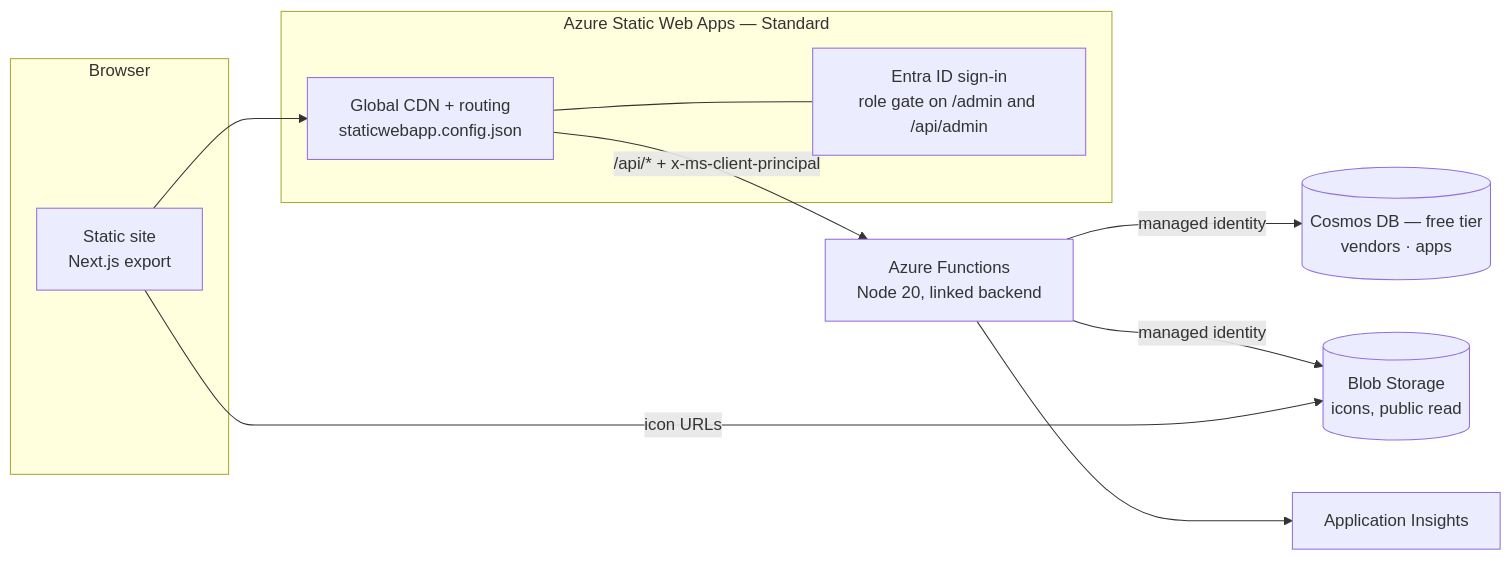
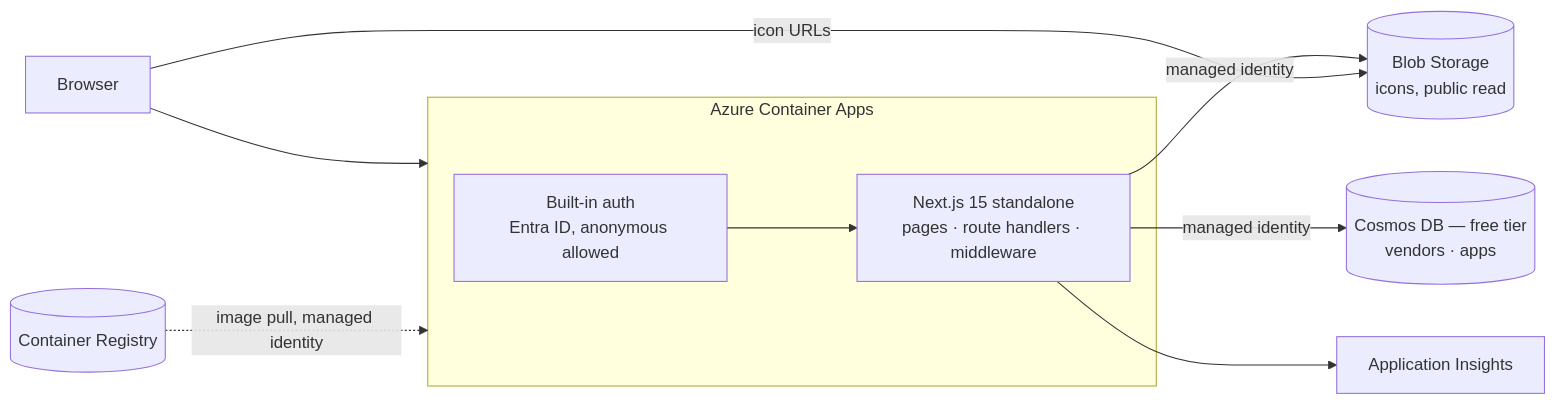
The diagram in docs/ARCHITECTURE.md (scotscottmca/wherethemlogs.app), drawn with Mermaid before and after one commit. The commit also changed other lines of this file and 67 other files, not shown here.

First line of the commit message:
Move to Container Apps and fold the API back into the app

````diff
--- a/docs/ARCHITECTURE.md
+++ b/docs/ARCHITECTURE.md
@@ -6,24 +6,16 @@
 ```mermaid
 flowchart LR
-  subgraph Browser
-    UI["Static site<br/>Next.js export"]
+  Browser --> CA
+
+  subgraph CA["Azure Container Apps"]
+    AUTH["Built-in auth<br/>Entra ID, anonymous allowed"]
+    NEXT["Next.js 15 standalone<br/>pages · route handlers · middleware"]
+    AUTH --> NEXT
   end
 
-  subgraph SWA["Azure Static Web Apps — Standard"]
-    CDN["Global CDN + routing<br/>staticwebapp.config.json"]
-    AUTH["Entra ID sign-in<br/>role gate on /admin and /api/admin"]
-  end
-
-  FN["Azure Functions<br/>Node 20, linked backend"]
-  COSMOS[("Cosmos DB — free tier<br/>vendors · apps")]
-  BLOB[("Blob Storage<br/>icons, public read")]
-  AI["Application Insights"]
-
-  UI --> CDN
-  CDN -- "/api/*  + x-ms-client-principal" --> FN
-  CDN --- AUTH
-  FN -- "managed identity" --> COSMOS
-  FN -- "managed identity" --> BLOB
-  UI -- "icon URLs" --> BLOB
-  FN --> AI
+  ACR[("Container Registry")] -. "image pull, managed identity" .-> CA
+  NEXT -- "managed identity" --> COSMOS[("Cosmos DB — free tier<br/>vendors · apps")]
+  NEXT -- "managed identity" --> BLOB[("Blob Storage<br/>icons, public read")]
+  Browser -- "icon URLs" --> BLOB
+  NEXT --> AI["Application Insights"]
 ```
````
